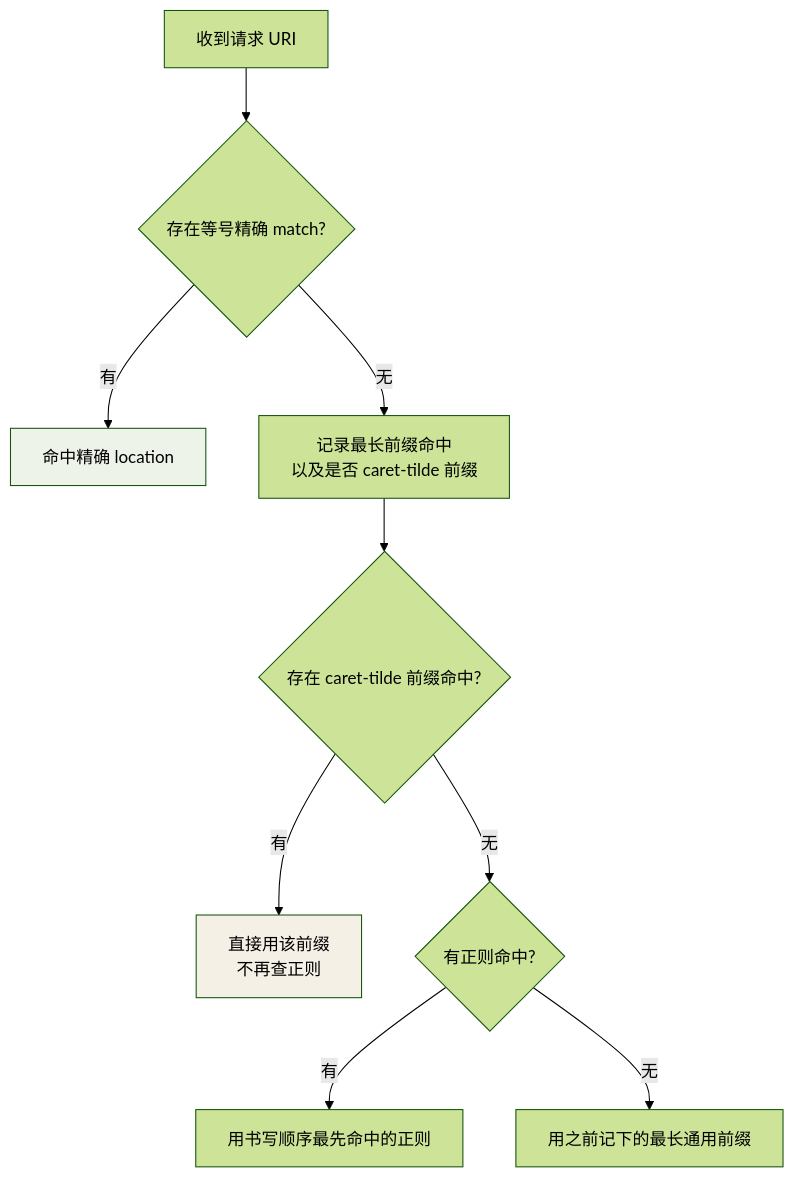
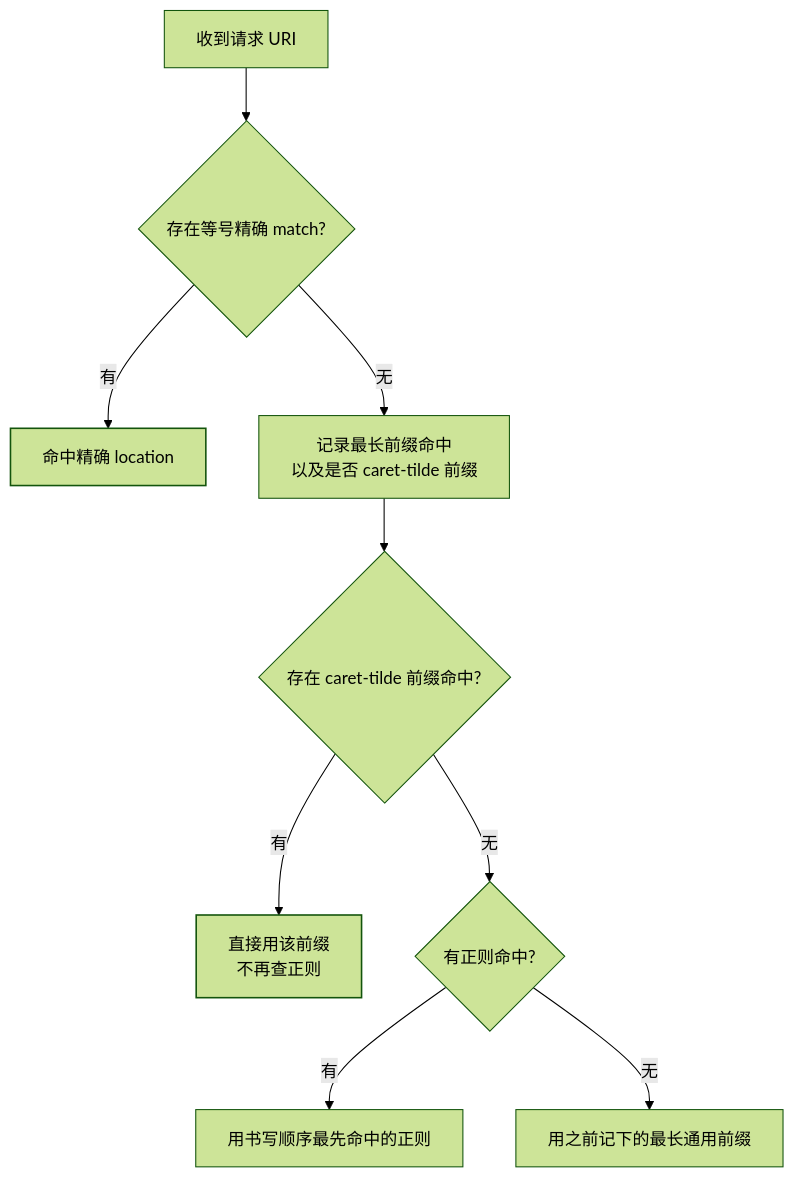
The second of 2 diagrams in src/content/docs/nginx/basic/config/02-static-server.md (Loadhao/ascension), drawn with Mermaid (forest theme) before and after one commit. The commit also changed other lines of this file and 87 other files, not shown here.

First line of the commit message:
fix: 全站图表配色改由主题接管，修复暗色主题下浅底浅字看不清

````diff
--- a/src/content/docs/nginx/basic/config/02-static-server.md
+++ b/src/content/docs/nginx/basic/config/02-static-server.md
@@ -122,13 +123,15 @@
 ```mermaid
 flowchart TD
     START["收到请求 URI"] --> E{"存在等号精确 match?"}
     E -->|"有"| E1["命中精确 location"]
     E -->|"无"| P["记录最长前缀命中<br/>以及是否 caret-tilde 前缀"]
     P --> Q{"存在 caret-tilde 前缀命中?"}
     Q -->|"有"| Q1["直接用该前缀<br/>不再查正则"]
     Q -->|"无"| R{"有正则命中?"}
     R -->|"有"| R1["用书写顺序最先命中的正则"]
     R -->|"无"| L["用之前记下的最长通用前缀"]
-    style E1 fill:#eef3ea
-    style Q1 fill:#f5f0e6
+    class E1 good
+    class Q1 hl
+    classDef good stroke-width:1.5px
+    classDef hl stroke-width:1.5px
 ```
````
